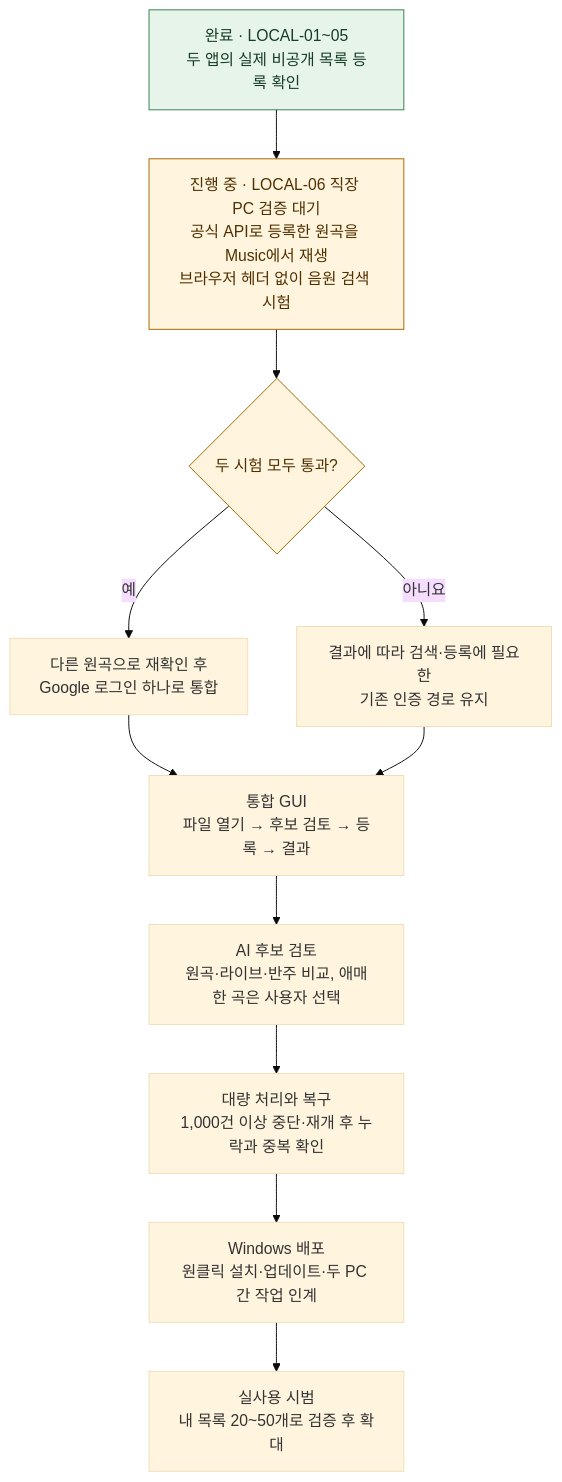
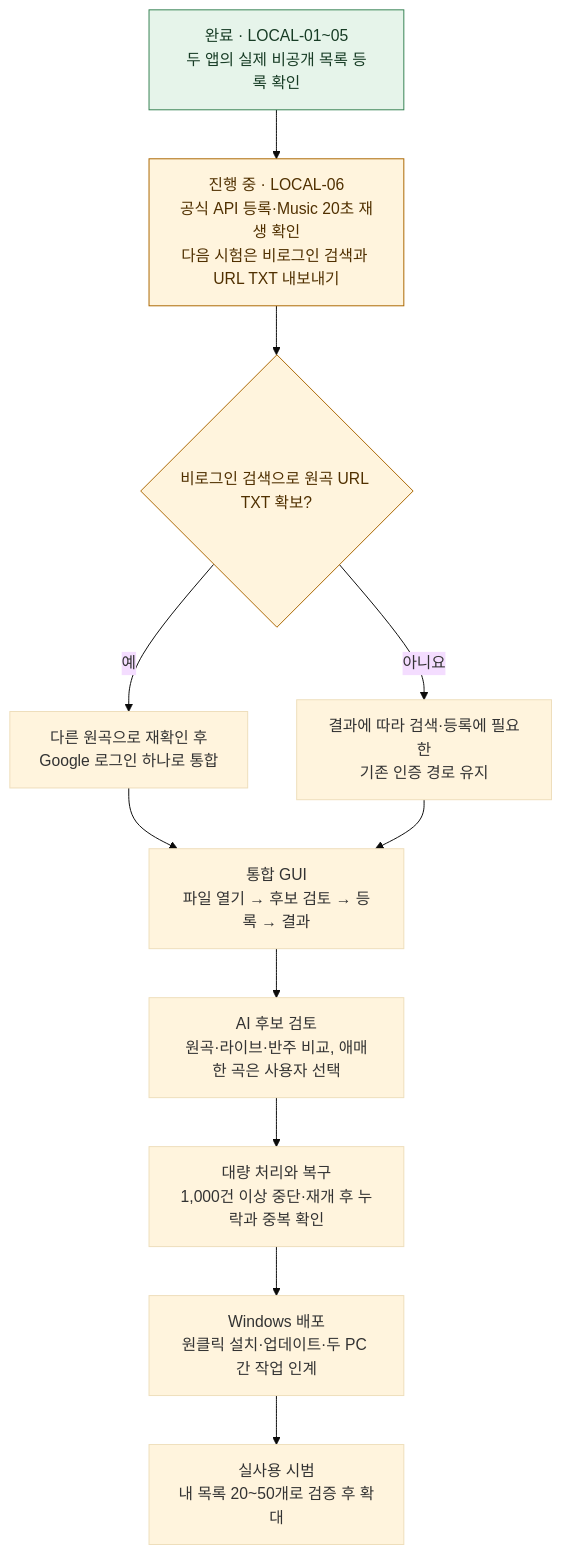
One commit to junis2002/Youtube_Playlist changed the diagram in ROADMAP.md. Above: the diagram before and after it, drawn with Mermaid (base theme). The commit also changed other lines of this file and 6 other files, not shown here.

````diff
--- a/ROADMAP.md
+++ b/ROADMAP.md
@@ -3,25 +3,25 @@
 ```mermaid
 flowchart TB
     A["완료 · LOCAL-01~05<br/>두 앱의 실제 비공개 목록 등록 확인"]
-    B["진행 중 · LOCAL-06 직장 PC 검증 대기<br/>공식 API로 등록한 원곡을 Music에서 재생<br/>브라우저 헤더 없이 음원 검색 시험"]
-    C{"두 시험 모두 통과?"}
+    B["진행 중 · LOCAL-06<br/>공식 API 등록·Music 20초 재생 확인<br/>다음 시험은 비로그인 검색과 URL TXT 내보내기"]
+    C{"비로그인 검색으로 원곡 URL TXT 확보?"}
     D["다른 원곡으로 재확인 후<br/>Google 로그인 하나로 통합"]
     E["결과에 따라 검색·등록에 필요한<br/>기존 인증 경로 유지"]
     F["통합 GUI<br/>파일 열기 → 후보 검토 → 등록 → 결과"]
     G["AI 후보 검토<br/>원곡·라이브·반주 비교, 애매한 곡은 사용자 선택"]
     H["대량 처리와 복구<br/>1,000건 이상 중단·재개 후 누락과 중복 확인"]
     I["Windows 배포<br/>원클릭 설치·업데이트·두 PC 간 작업 인계"]
     J["실사용 시범<br/>내 목록 20~50개로 검증 후 확대"]
 
     A --> B --> C
     C -->|예| D
     C -->|아니요| E
     D --> F
     E --> F
     F --> G --> H --> I --> J
 
     classDef done fill:#e6f4ea,stroke:#368253,color:#173c25
     classDef next fill:#fff4dd,stroke:#ab6700,color:#503000
     class A done
     class B,C next
 ```
````
